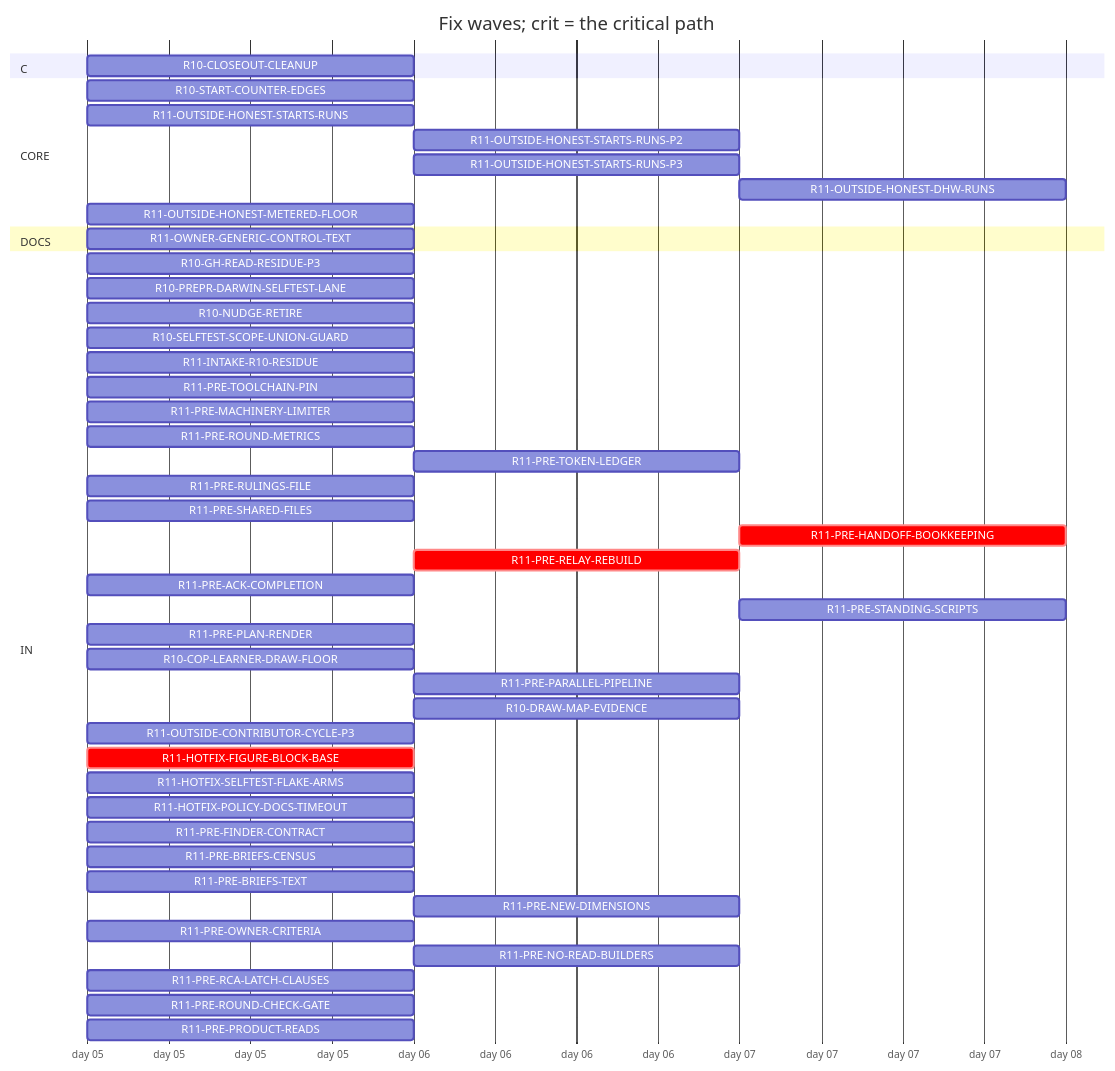
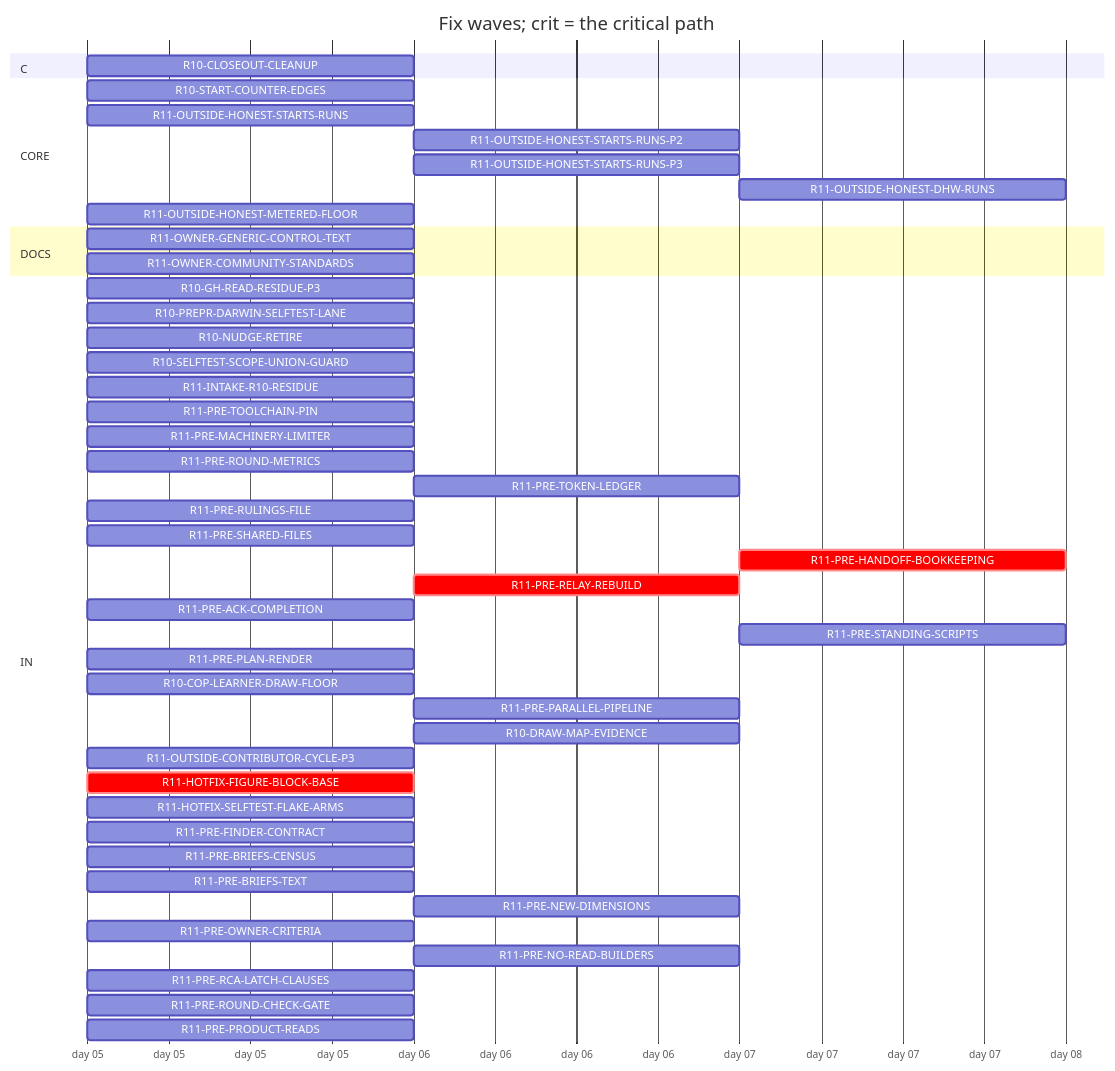
One commit to tvofi/heatpump_optimizer changed the diagram in handoff/round11/state/PLAN-TABLE.md. Above: the diagram before and after it, drawn with Mermaid. The commit also changed other lines of this file and 4 other files, not shown here.

Commit message:
state: FLOW-BOARD.md, NEXT-SESSION-PROMPT.md, PLAN-TABLE.md, PLAN.html, RESUME-CURRENT.md regenerated (state_docs.py)

````diff
--- a/handoff/round11/state/PLAN-TABLE.md
+++ b/handoff/round11/state/PLAN-TABLE.md
@@ -17,50 +17,50 @@
 ```mermaid
 gantt
   title Fix waves; crit = the critical path
   dateFormat YYYY-MM-DD
   axisFormat day %d
   section C
     R10-CLOSEOUT-CLEANUP :r10CLOSEOUTCLEANUP, 2026-01-05, 1d
   section CORE
     R10-START-COUNTER-EDGES :r10STARTCOUNTEREDGES, 2026-01-05, 1d
     R11-OUTSIDE-HONEST-STARTS-RUNS :r11OUTSIDEHONESTSTARTSRUNS, 2026-01-05, 1d
     R11-OUTSIDE-HONEST-STARTS-RUNS-P2 :r11OUTSIDEHONESTSTARTSRUNSP2, after r11OUTSIDEHONESTSTARTSRUNS, 1d
     R11-OUTSIDE-HONEST-STARTS-RUNS-P3 :r11OUTSIDEHONESTSTARTSRUNSP3, after r11OUTSIDEHONESTSTARTSRUNS, 1d
     R11-OUTSIDE-HONEST-DHW-RUNS :r11OUTSIDEHONESTDHWRUNS, after r11OUTSIDEHONESTSTARTSRUNS r11OUTSIDEHONESTSTARTSRUNSP2, 1d
     R11-OUTSIDE-HONEST-METERED-FLOOR :r11OUTSIDEHONESTMETEREDFLOOR, 2026-01-05, 1d
   section DOCS
     R11-OWNER-GENERIC-CONTROL-TEXT :r11OWNERGENERICCONTROLTEXT, 2026-01-05, 1d
+    R11-OWNER-COMMUNITY-STANDARDS :r11OWNERCOMMUNITYSTANDARDS, 2026-01-05, 1d
   section IN
     R10-GH-READ-RESIDUE-P3 :r10GHREADRESIDUEP3, 2026-01-05, 1d
     R10-PREPR-DARWIN-SELFTEST-LANE :r10PREPRDARWINSELFTESTLANE, 2026-01-05, 1d
     R10-NUDGE-RETIRE :r10NUDGERETIRE, 2026-01-05, 1d
     R10-SELFTEST-SCOPE-UNION-GUARD :r10SELFTESTSCOPEUNIONGUARD, 2026-01-05, 1d
     R11-INTAKE-R10-RESIDUE :r11INTAKER10RESIDUE, 2026-01-05, 1d
     R11-PRE-TOOLCHAIN-PIN :r11PRETOOLCHAINPIN, 2026-01-05, 1d
     R11-PRE-MACHINERY-LIMITER :r11PREMACHINERYLIMITER, 2026-01-05, 1d
     R11-PRE-ROUND-METRICS :r11PREROUNDMETRICS, 2026-01-05, 1d
     R11-PRE-TOKEN-LEDGER :r11PRETOKENLEDGER, after r10GHREADRESIDUEP3, 1d
     R11-PRE-RULINGS-FILE :r11PRERULINGSFILE, 2026-01-05, 1d
     R11-PRE-SHARED-FILES :r11PRESHAREDFILES, 2026-01-05, 1d
     R11-PRE-HANDOFF-BOOKKEEPING :crit, r11PREHANDOFFBOOKKEEPING, after r11PRERELAYREBUILD, 1d
     R11-PRE-RELAY-REBUILD :crit, r11PRERELAYREBUILD, after r11HOTFIXFIGUREBLOCKBASE, 1d
     R11-PRE-ACK-COMPLETION :r11PREACKCOMPLETION, 2026-01-05, 1d
     R11-PRE-STANDING-SCRIPTS :r11PRESTANDINGSCRIPTS, after r11PREPARALLELPIPELINE, 1d
     R11-PRE-PLAN-RENDER :r11PREPLANRENDER, 2026-01-05, 1d
     R10-COP-LEARNER-DRAW-FLOOR :r10COPLEARNERDRAWFLOOR, 2026-01-05, 1d
     R11-PRE-PARALLEL-PIPELINE :r11PREPARALLELPIPELINE, after r11HOTFIXFIGUREBLOCKBASE, 1d
     R10-DRAW-MAP-EVIDENCE :r10DRAWMAPEVIDENCE, after r10COPLEARNERDRAWFLOOR, 1d
     R11-OUTSIDE-CONTRIBUTOR-CYCLE-P3 :r11OUTSIDECONTRIBUTORCYCLEP3, 2026-01-05, 1d
     R11-HOTFIX-FIGURE-BLOCK-BASE :crit, r11HOTFIXFIGUREBLOCKBASE, 2026-01-05, 1d
     R11-HOTFIX-SELFTEST-FLAKE-ARMS :r11HOTFIXSELFTESTFLAKEARMS, 2026-01-05, 1d
-    R11-HOTFIX-POLICY-DOCS-TIMEOUT :r11HOTFIXPOLICYDOCSTIMEOUT, 2026-01-05, 1d
     R11-PRE-FINDER-CONTRACT :r11PREFINDERCONTRACT, 2026-01-05, 1d
     R11-PRE-BRIEFS-CENSUS :r11PREBRIEFSCENSUS, 2026-01-05, 1d
     R11-PRE-BRIEFS-TEXT :r11PREBRIEFSTEXT, 2026-01-05, 1d
     R11-PRE-NEW-DIMENSIONS :r11PRENEWDIMENSIONS, after r11PREFINDERCONTRACT r11PREBRIEFSCENSUS, 1d
     R11-PRE-OWNER-CRITERIA :r11PREOWNERCRITERIA, 2026-01-05, 1d
     R11-PRE-NO-READ-BUILDERS :r11PRENOREADBUILDERS, after r11PREMACHINERYLIMITER, 1d
     R11-PRE-RCA-LATCH-CLAUSES :r11PRERCALATCHCLAUSES, 2026-01-05, 1d
     R11-PRE-ROUND-CHECK-GATE :r11PREROUNDCHECKGATE, 2026-01-05, 1d
     R11-PRE-PRODUCT-READS :r11PREPRODUCTREADS, 2026-01-05, 1d
 ```
````
